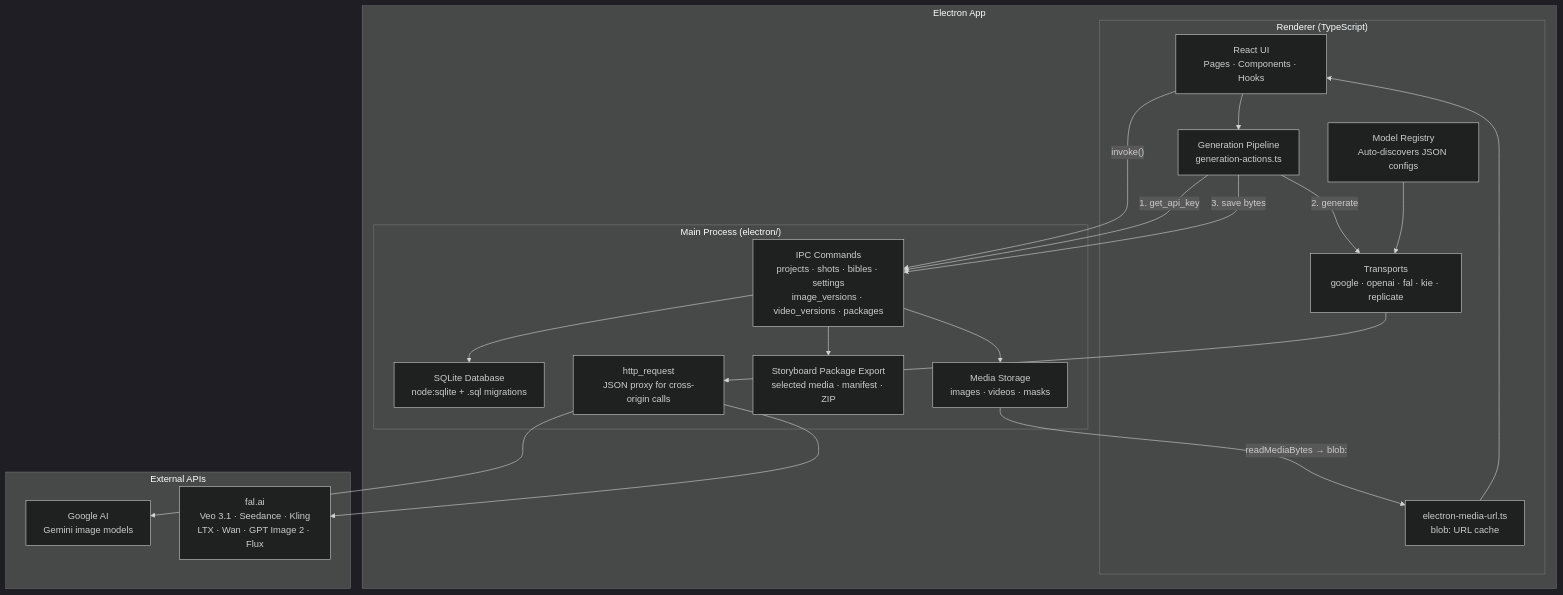
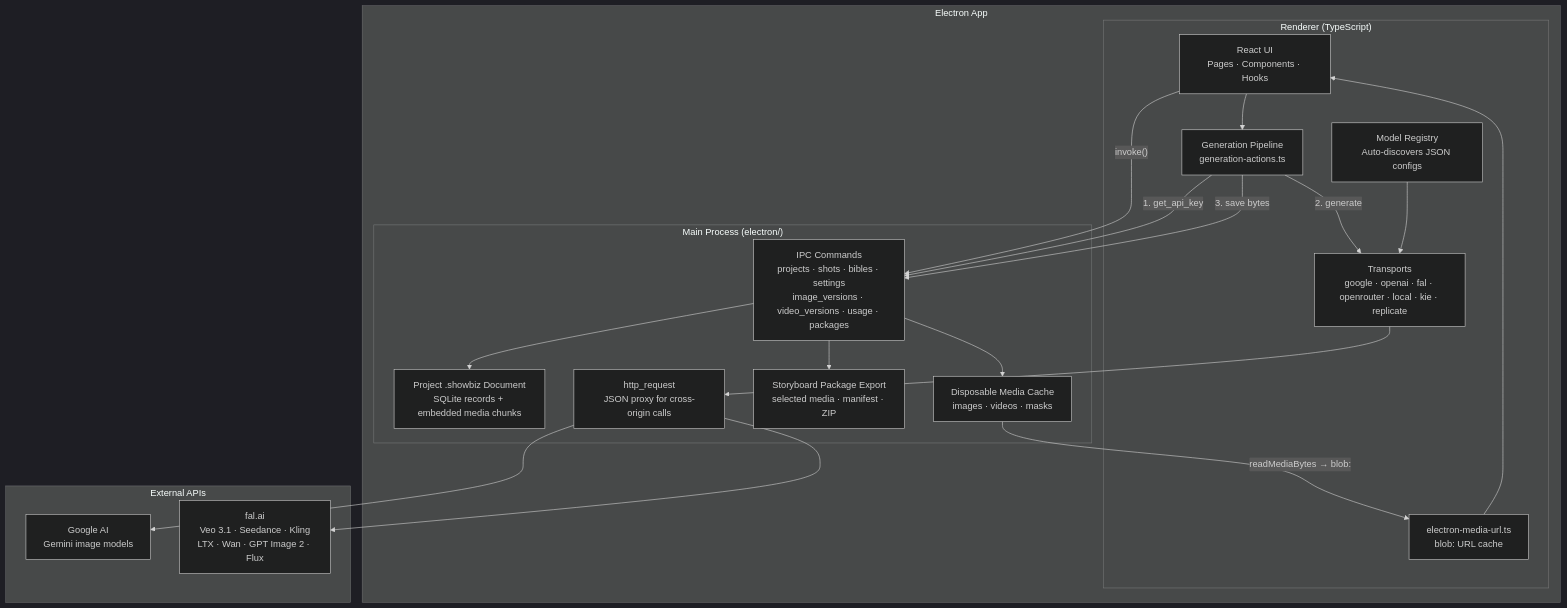
The second of 4 diagrams in docs/architecture.md (alexanderwanyoike/showbiz), drawn with Mermaid (dark theme) before and after one commit. The commit also changed other lines of this file and 1 other file, not shown here.

Commit message:
docs: align architecture with self-contained project documents

````diff
--- a/docs/architecture.md
+++ b/docs/architecture.md
@@ -36,42 +36,42 @@
 ```mermaid
 graph TB
     subgraph Desktop["Electron App"]
         subgraph Renderer["Renderer (TypeScript)"]
             UI["React UI<br/>Pages · Components · Hooks"]
             Gen["Generation Pipeline<br/>generation-actions.ts"]
             Registry["Model Registry<br/>Auto-discovers JSON configs"]
-            Transports["Transports<br/>google · openai · fal · kie · replicate"]
+            Transports["Transports<br/>google · openai · fal · openrouter · local · kie · replicate"]
             MediaUrl["electron-media-url.ts<br/>blob: URL cache"]
         end
 
         subgraph Main["Main Process (electron/)"]
-            Commands["IPC Commands<br/>projects · shots · bibles · settings<br/>image_versions · video_versions · packages"]
-            DB["SQLite Database<br/>node:sqlite + .sql migrations"]
-            Media["Media Storage<br/>images · videos · masks"]
+            Commands["IPC Commands<br/>projects · shots · bibles · settings<br/>image_versions · video_versions · usage · packages"]
+            DB["Project .showbiz Document<br/>SQLite records + embedded media chunks"]
+            Media["Disposable Media Cache<br/>images · videos · masks"]
             Export["Storyboard Package Export<br/>selected media · manifest · ZIP"]
             Http["http_request<br/>JSON proxy for cross-origin calls"]
         end
     end
 
     subgraph Providers["External APIs"]
         Google["Google AI<br/>Gemini image models"]
         Fal["fal.ai<br/>Veo 3.1 · Seedance · Kling<br/>LTX · Wan · GPT Image 2 · Flux"]
     end
 
     UI -->|"invoke()"| Commands
     Commands --> DB
     Commands --> Media
     Commands --> Export
     Media -->|"readMediaBytes → blob:"| MediaUrl
     MediaUrl --> UI
 
     UI --> Gen
     Gen -->|"1. get_api_key"| Commands
     Gen -->|"2. generate"| Transports
     Transports --> Http
     Http --> Google
     Http --> Fal
     Gen -->|"3. save bytes"| Commands
 
     Registry --> Transports
 ```
````
